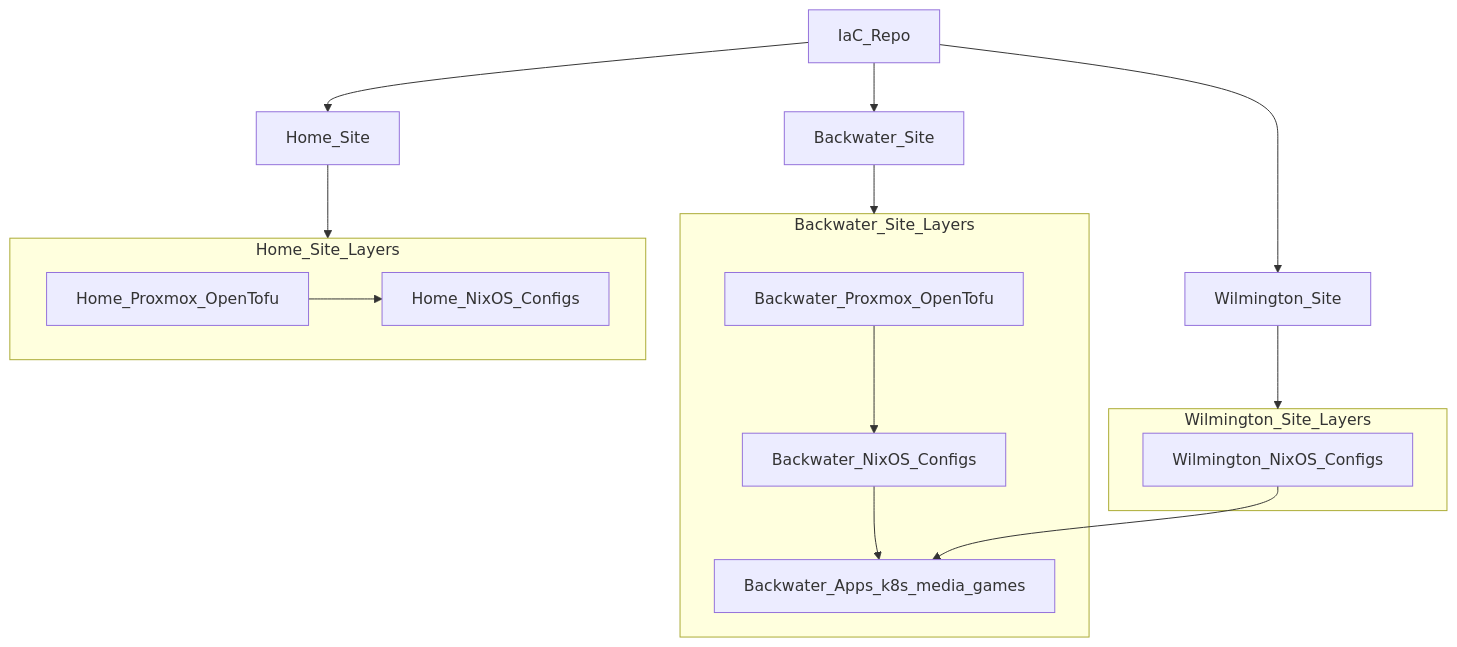
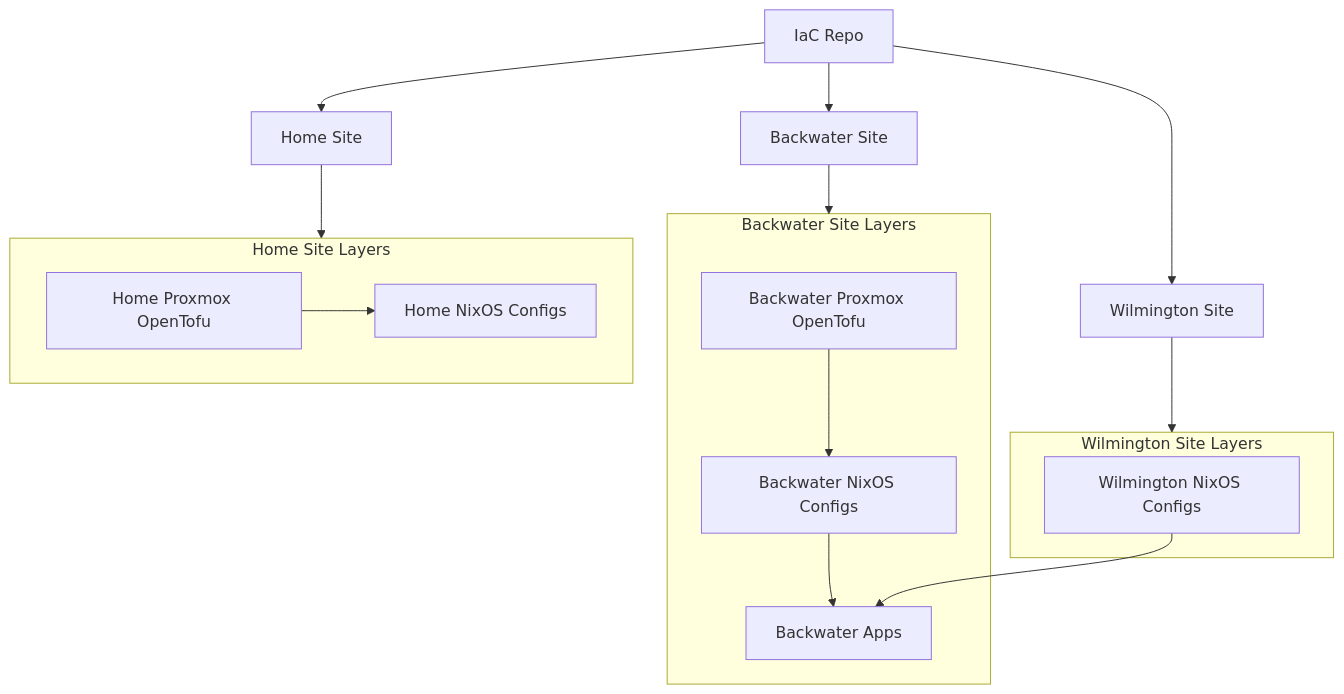
Before and after one commit to loeeeee/IaC-demo: the diagram in README.md, drawn with Mermaid.

Commit message:
update graph

````diff
--- a/README.md
+++ b/README.md
@@ -7,29 +7,29 @@
- ```mermaid
- flowchart TD
-   repo[IaC_Repo] --> backwater[Backwater_Site]
-   repo --> home[Home_Site]
-   repo --> wilm[Wilmington_Site]
+```mermaid
+flowchart TD
+  repo[IaC Repo] --> backwater[Backwater Site]
+  repo --> home[Home Site]
+  repo --> wilm[Wilmington Site]
 
-  subgraph backwater_layers[Backwater_Site_Layers]
-    bw_proxmox[Backwater_Proxmox_OpenTofu]
-    bw_nix[Backwater_NixOS_Configs]
-    bw_apps["Backwater_Apps_k8s_media_games"]
+  subgraph backwaterLayers [Backwater Site Layers]
+    bwProxmox[Backwater Proxmox OpenTofu]
+    bwNix[Backwater NixOS Configs]
+    bwApps[Backwater Apps]
   end
 
-   subgraph home_layers[Home_Site_Layers]
-     home_proxmox[Home_Proxmox_OpenTofu]
-     home_nix[Home_NixOS_Configs]
-   end
+  subgraph homeLayers [Home Site Layers]
+    homeProxmox[Home Proxmox OpenTofu]
+    homeNix[Home NixOS Configs]
+  end
 
-   subgraph wilm_layers[Wilmington_Site_Layers]
-     wilm_nix[Wilmington_NixOS_Configs]
-   end
+  subgraph wilmLayers [Wilmington Site Layers]
+    wilmNix[Wilmington NixOS Configs]
+  end
 
-   backwater --> backwater_layers
-   home --> home_layers
-   wilm --> wilm_layers
+  backwater --> backwaterLayers
+  home --> homeLayers
+  wilm --> wilmLayers
 
-   bw_proxmox --> bw_nix --> bw_apps
-   home_proxmox --> home_nix
-   wilm_nix --> bw_apps
- ```
+  bwProxmox --> bwNix --> bwApps
+  homeProxmox --> homeNix
+  wilmNix --> bwApps
+```
````
